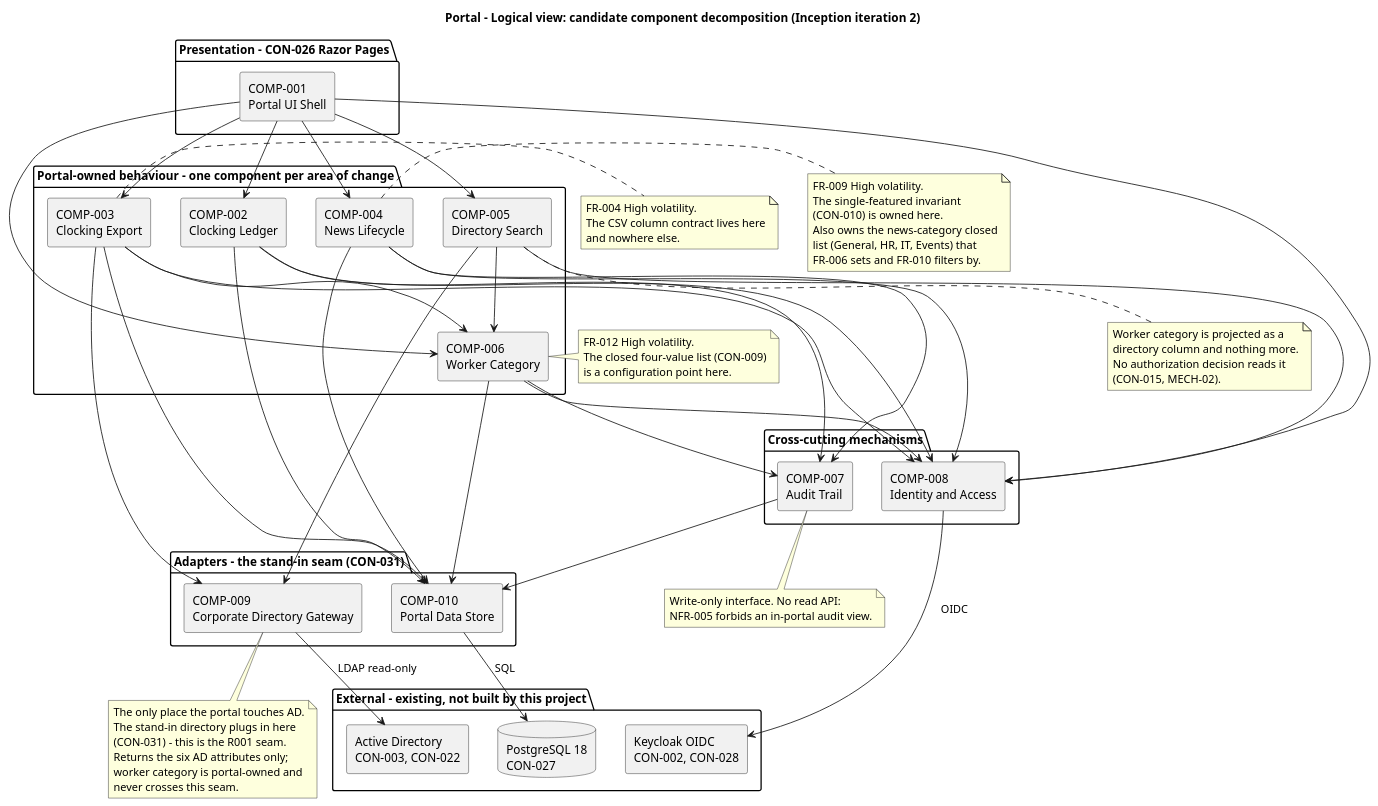
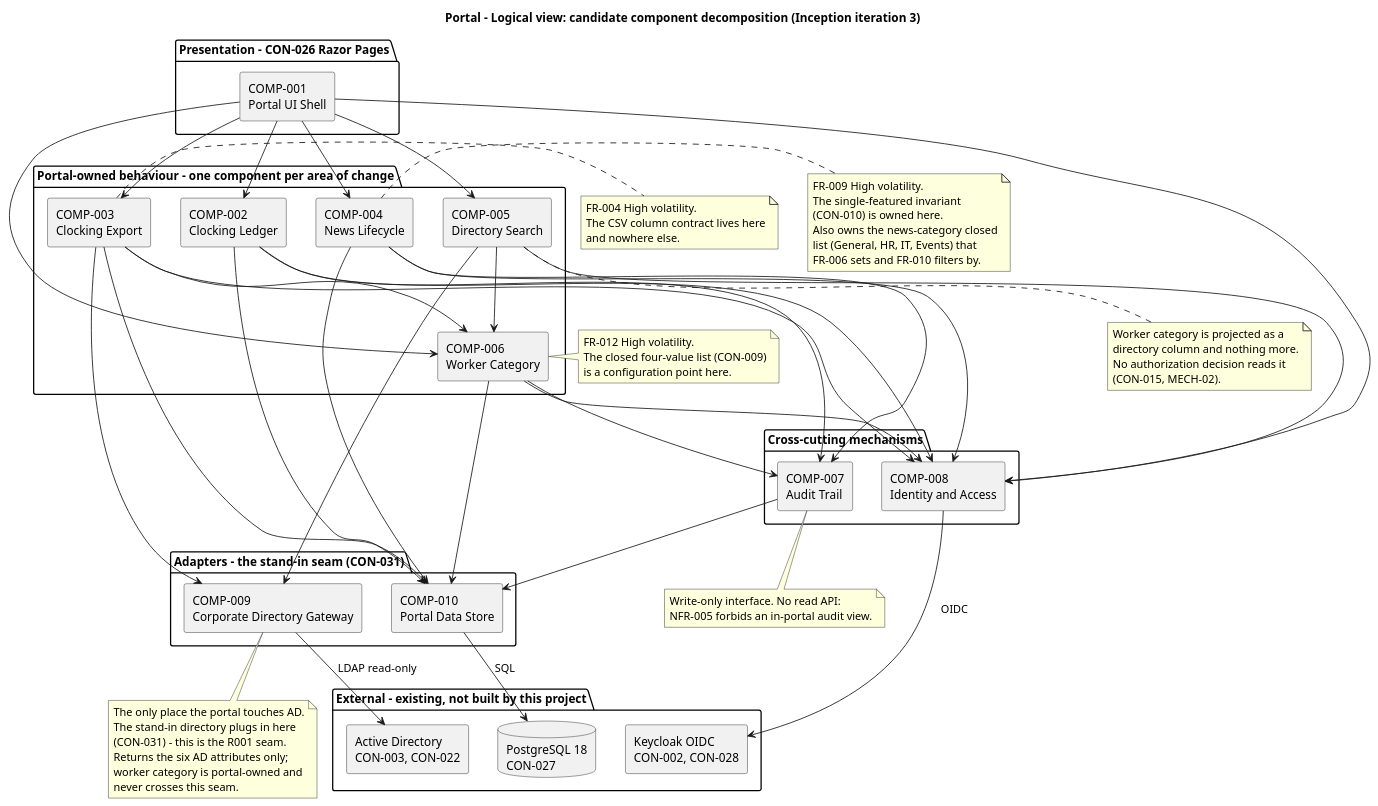
Before and after one commit to banense-test/portal: the fifth of 9 diagrams in docs/artifacts/analysis---design/software-architecture-document.md, drawn with PlantUML.

Commit message:
Software Architect [I3]: upsert Software Architecture Document
[skip ci]

````diff
--- a/docs/artifacts/analysis---design/software-architecture-document.md
+++ b/docs/artifacts/analysis---design/software-architecture-document.md
@@ -703,6 +703,6 @@
 ```plantuml
 @startuml
-title Portal - Logical view: candidate component decomposition (Inception iteration 2)
+title Portal - Logical view: candidate component decomposition (Inception iteration 3)
 
 skinparam componentStyle rectangle
 
````
